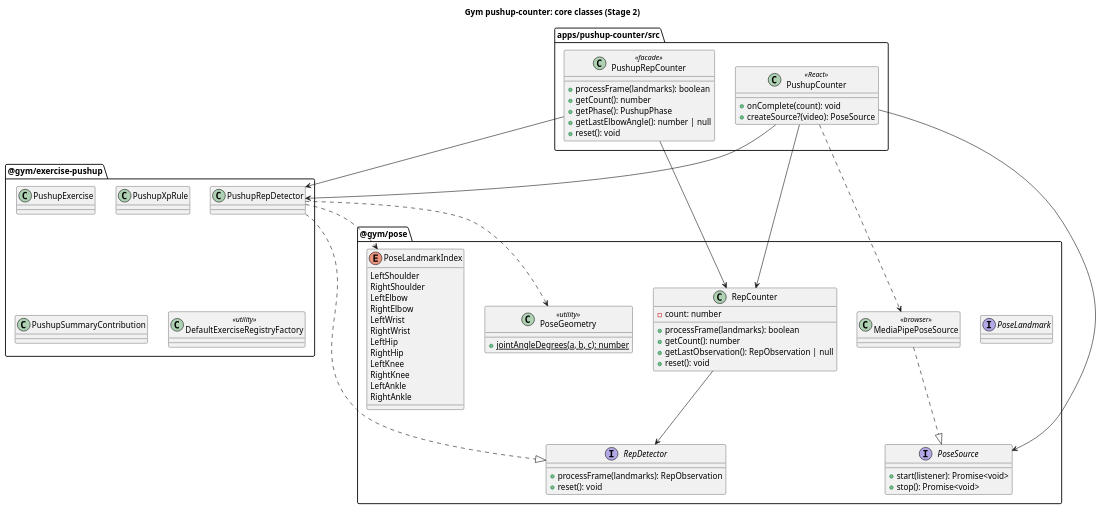
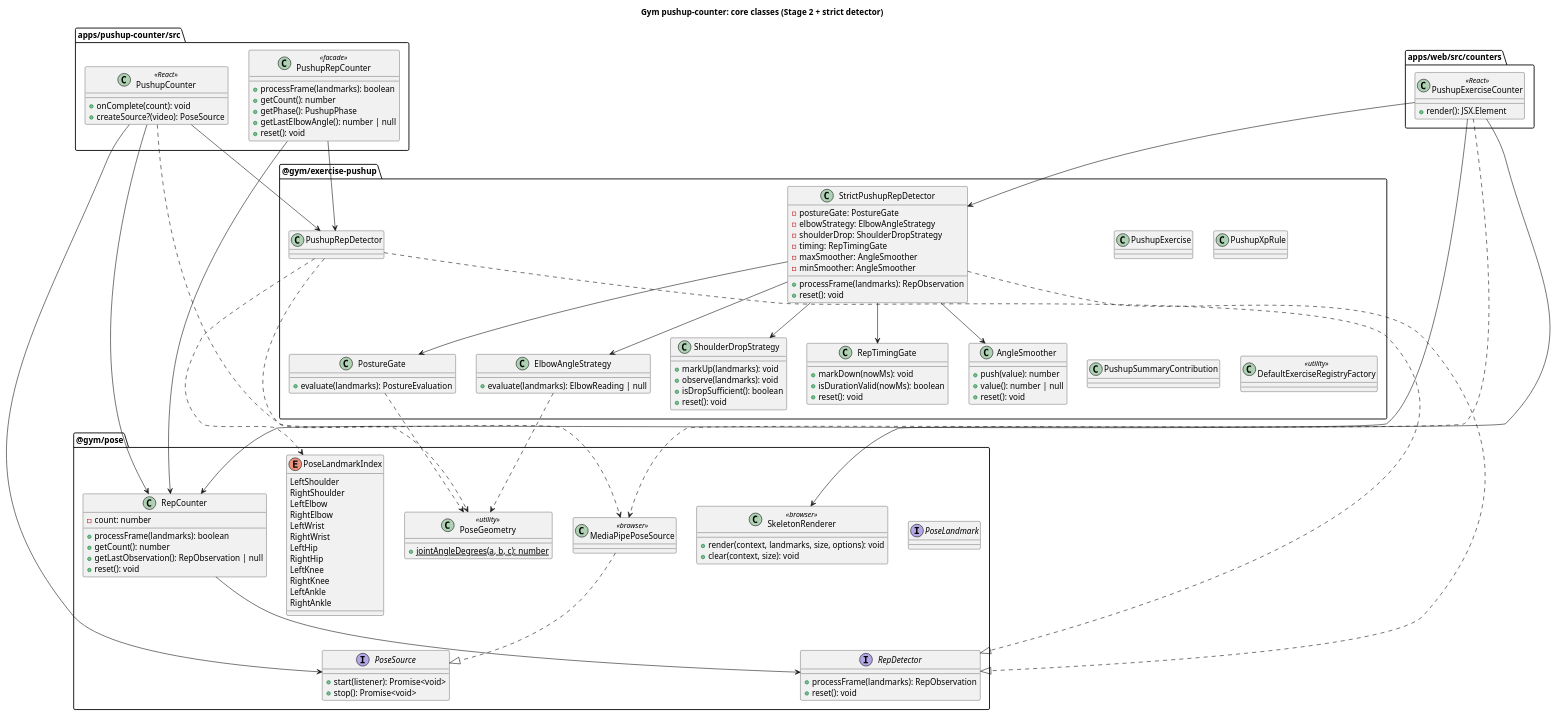
One commit to bobosiband/Gym changed the diagram in docs/uml/pushup-counter/class.puml. Above: the diagram before and after it, drawn with PlantUML. The commit also changed 22 other files, not shown here.

First line of the commit message:
feat(pushup-counter): strict rep detection and skeleton overlay (#30)

```diff
--- a/docs/uml/pushup-counter/class.puml
+++ b/docs/uml/pushup-counter/class.puml
@@ -1,83 +1,138 @@
 @startuml
-title Gym pushup-counter: core classes (Stage 2)
+title Gym pushup-counter: core classes (Stage 2 + strict detector)
 
 skinparam shadowing false
 
 package "@gym/pose" {
   interface PoseLandmark
   enum PoseLandmarkIndex {
     LeftShoulder
     RightShoulder
     LeftElbow
     RightElbow
     LeftWrist
     RightWrist
     LeftHip
     RightHip
     LeftKnee
     RightKnee
     LeftAnkle
     RightAnkle
   }
 
   class PoseGeometry <<utility>> {
     + {static} jointAngleDegrees(a, b, c): number
   }
 
   interface PoseSource {
     + start(listener): Promise<void>
     + stop(): Promise<void>
   }
 
   interface RepDetector {
     + processFrame(landmarks): RepObservation
     + reset(): void
   }
 
   class RepCounter {
     - count: number
     + processFrame(landmarks): boolean
     + getCount(): number
     + getLastObservation(): RepObservation | null
     + reset(): void
   }
 
   class MediaPipePoseSource <<browser>>
+
+  class SkeletonRenderer <<browser>> {
+    + render(context, landmarks, size, options): void
+    + clear(context, size): void
+  }
 }
 
 package "@gym/exercise-pushup" {
   class PushupRepDetector
+  class StrictPushupRepDetector {
+    - postureGate: PostureGate
+    - elbowStrategy: ElbowAngleStrategy
+    - shoulderDrop: ShoulderDropStrategy
+    - timing: RepTimingGate
+    - maxSmoother: AngleSmoother
+    - minSmoother: AngleSmoother
+    + processFrame(landmarks): RepObservation
+    + reset(): void
+  }
+  class PostureGate {
+    + evaluate(landmarks): PostureEvaluation
+  }
+  class ElbowAngleStrategy {
+    + evaluate(landmarks): ElbowReading | null
+  }
+  class ShoulderDropStrategy {
+    + markUp(landmarks): void
+    + observe(landmarks): void
+    + isDropSufficient(): boolean
+    + reset(): void
+  }
+  class RepTimingGate {
+    + markDown(nowMs): void
+    + isDurationValid(nowMs): boolean
+    + reset(): void
+  }
+  class AngleSmoother {
+    + push(value): number
+    + value(): number | null
+    + reset(): void
+  }
   class PushupExercise
   class PushupXpRule
   class PushupSummaryContribution
   class DefaultExerciseRegistryFactory <<utility>>
 }
 
 package "apps/pushup-counter/src" {
   class PushupRepCounter <<facade>> {
     + processFrame(landmarks): boolean
     + getCount(): number
     + getPhase(): PushupPhase
     + getLastElbowAngle(): number | null
     + reset(): void
   }
 
   class PushupCounter <<React>> {
     + onComplete(count): void
     + createSource?(video): PoseSource
   }
 }
 
+package "apps/web/src/counters" {
+  class PushupExerciseCounter <<React>> {
+    + render(): JSX.Element
+  }
+}
+
 RepCounter --> RepDetector
 PushupRepDetector ..|> RepDetector
 PushupRepDetector ..> PoseGeometry
 PushupRepDetector ..> PoseLandmarkIndex
+StrictPushupRepDetector ..|> RepDetector
+StrictPushupRepDetector --> PostureGate
+StrictPushupRepDetector --> ElbowAngleStrategy
+StrictPushupRepDetector --> ShoulderDropStrategy
+StrictPushupRepDetector --> RepTimingGate
+StrictPushupRepDetector --> AngleSmoother
+PostureGate ..> PoseGeometry
+ElbowAngleStrategy ..> PoseGeometry
 PushupRepCounter --> RepCounter
 PushupRepCounter --> PushupRepDetector
 MediaPipePoseSource ..|> PoseSource
 PushupCounter --> PoseSource
 PushupCounter --> RepCounter
 PushupCounter --> PushupRepDetector
 PushupCounter ..> MediaPipePoseSource
+PushupExerciseCounter --> RepCounter
+PushupExerciseCounter --> StrictPushupRepDetector
+PushupExerciseCounter --> SkeletonRenderer
+PushupExerciseCounter ..> MediaPipePoseSource
 
 @enduml
```
